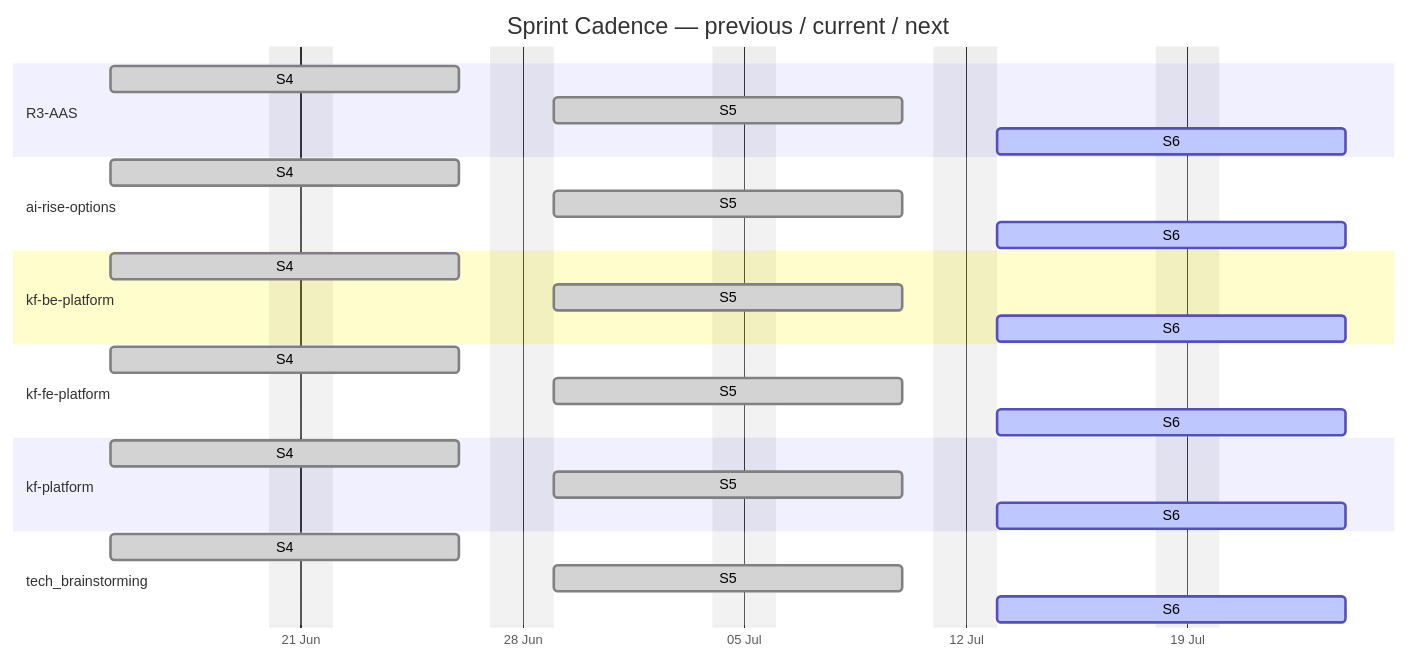
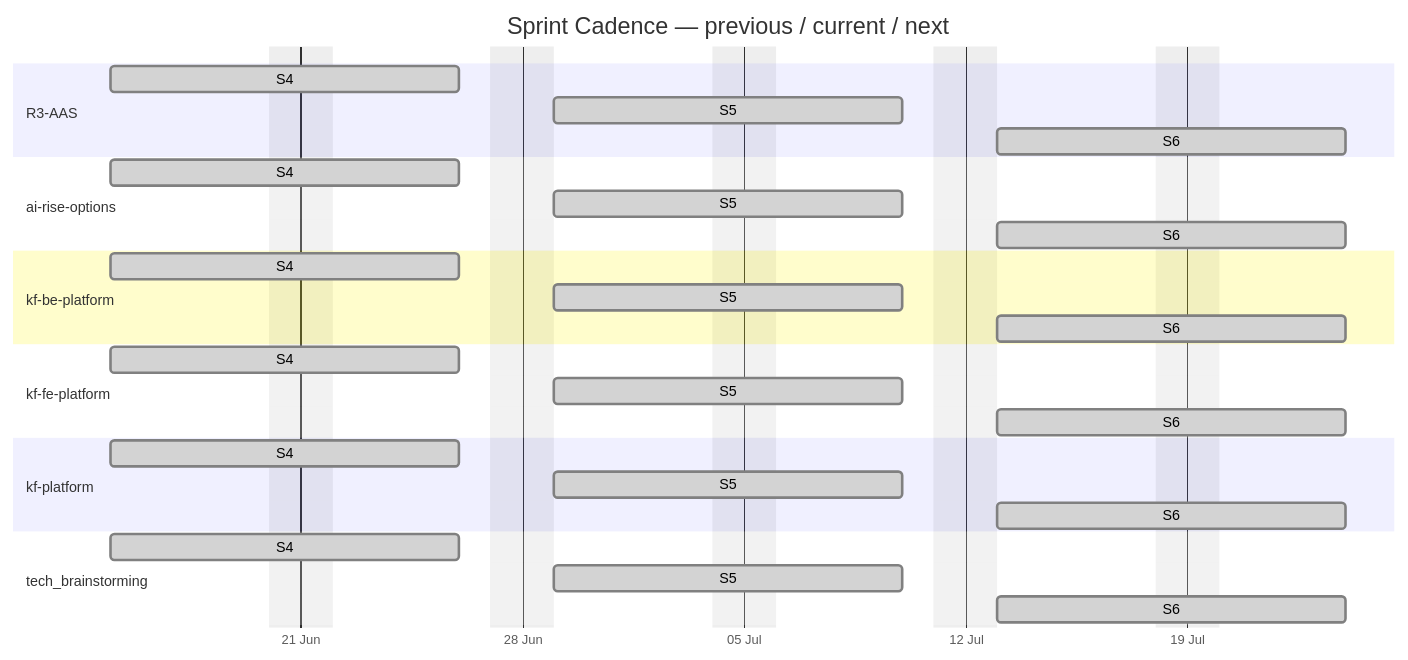
The first of 4 diagrams in docs/agile-sprints.md (Katty-Fashion/kf-cpto), drawn with Mermaid before and after one commit. The commit also changed other lines of this file and 14 other files, not shown here.

````diff
--- a/docs/agile-sprints.md
+++ b/docs/agile-sprints.md
@@ -12,32 +12,32 @@
 ```mermaid
 gantt
     title Sprint Cadence — previous / current / next
     dateFormat YYYY-MM-DD
     axisFormat %d %b
     excludes weekends
 
     section R3-AAS
     S4 :done, 2026-06-15, 2026-06-26
     S5 :done, 2026-06-29, 2026-07-10
-    S6 :active, 2026-07-13, 2026-07-24
+    S6 :done, 2026-07-13, 2026-07-24
     section ai-rise-options
     S4 :done, 2026-06-15, 2026-06-26
     S5 :done, 2026-06-29, 2026-07-10
-    S6 :active, 2026-07-13, 2026-07-24
+    S6 :done, 2026-07-13, 2026-07-24
     section kf-be-platform
     S4 :done, 2026-06-15, 2026-06-26
     S5 :done, 2026-06-29, 2026-07-10
-    S6 :active, 2026-07-13, 2026-07-24
+    S6 :done, 2026-07-13, 2026-07-24
     section kf-fe-platform
     S4 :done, 2026-06-15, 2026-06-26
     S5 :done, 2026-06-29, 2026-07-10
-    S6 :active, 2026-07-13, 2026-07-24
+    S6 :done, 2026-07-13, 2026-07-24
     section kf-platform
     S4 :done, 2026-06-15, 2026-06-26
     S5 :done, 2026-06-29, 2026-07-10
-    S6 :active, 2026-07-13, 2026-07-24
+    S6 :done, 2026-07-13, 2026-07-24
     section tech_brainstorming
     S4 :done, 2026-06-15, 2026-06-26
     S5 :done, 2026-06-29, 2026-07-10
-    S6 :active, 2026-07-13, 2026-07-24
+    S6 :done, 2026-07-13, 2026-07-24
 ```
````
